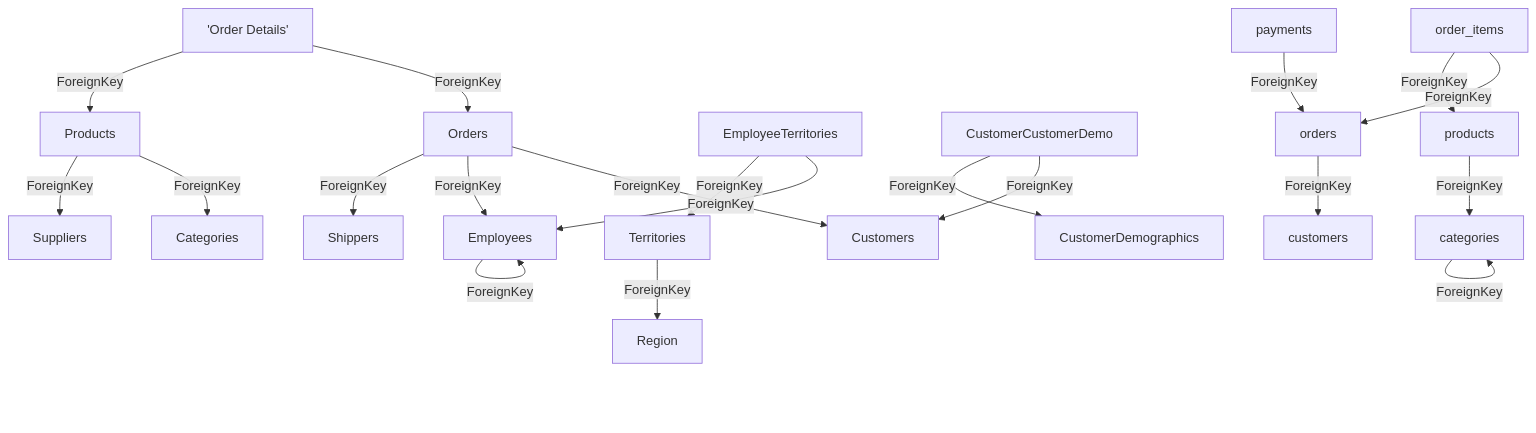
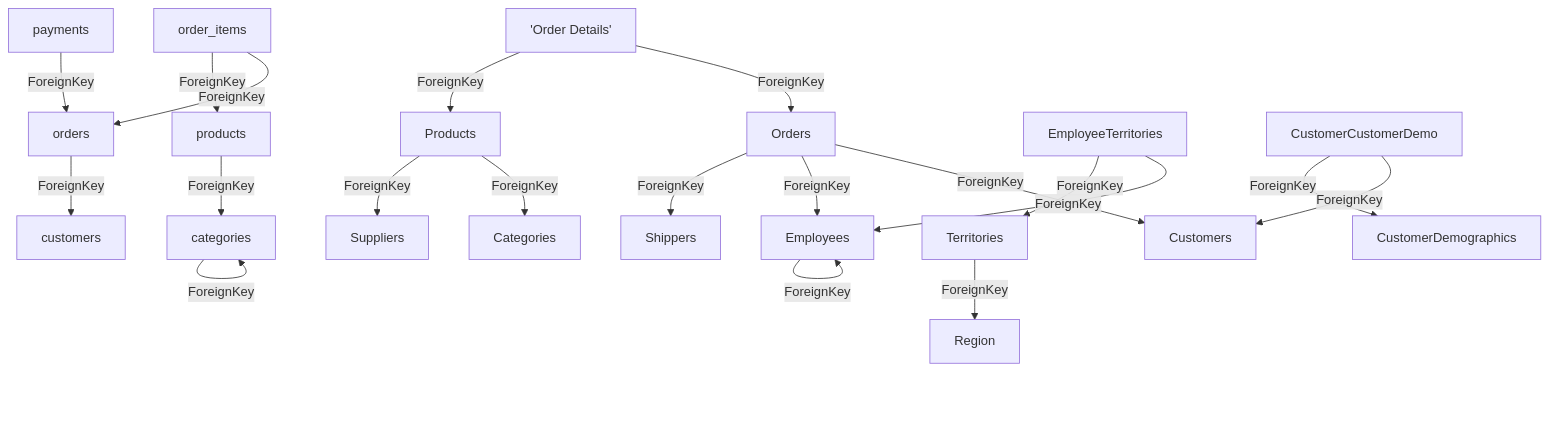
Before and after one commit to alexeyban/EKOS: the third of 3 diagrams in doc/Architecture.md, drawn with Mermaid. The commit also changed other lines of this file and 1871 other files, not shown here.

````diff
--- a/doc/Architecture.md
+++ b/doc/Architecture.md
@@ -65,41 +366,41 @@
 ```mermaid
 graph TD
+    n6794f52865834e8d89842358f199ce12["categories"]
+    n6794f52865834e8d89842358f199ce12 -->|ForeignKey| n6794f52865834e8d89842358f199ce12
+    n7c2e13d4535e435d992e0db2d71e2c6d["products"]
+    n7c2e13d4535e435d992e0db2d71e2c6d -->|ForeignKey| n6794f52865834e8d89842358f199ce12
+    nad94b10656104be3905ecf114df00129["orders"]
+    ndc844ed6954d4cca8ae89597873eb56e["customers"]
+    nad94b10656104be3905ecf114df00129 -->|ForeignKey| ndc844ed6954d4cca8ae89597873eb56e
+    n08a0316015ed4f15bbc297c816faf313["order_items"]
+    n08a0316015ed4f15bbc297c816faf313 -->|ForeignKey| nad94b10656104be3905ecf114df00129
+    n08a0316015ed4f15bbc297c816faf313 -->|ForeignKey| n7c2e13d4535e435d992e0db2d71e2c6d
+    nc663212aa5f94534a3a5a47fa4f31a9b["payments"]
+    nc663212aa5f94534a3a5a47fa4f31a9b -->|ForeignKey| nad94b10656104be3905ecf114df00129
     n18ddc966658845b18a845a6ff92a9460["Employees"]
     n18ddc966658845b18a845a6ff92a9460 -->|ForeignKey| n18ddc966658845b18a845a6ff92a9460
     ncd8c2d9d78e5430daf8816be08817b86["Orders"]
     ne0c56e7596774432b53e177fb7ecbad3["Customers"]
     ncd8c2d9d78e5430daf8816be08817b86 -->|ForeignKey| ne0c56e7596774432b53e177fb7ecbad3
     ncd8c2d9d78e5430daf8816be08817b86 -->|ForeignKey| n18ddc966658845b18a845a6ff92a9460
     nb40ad1cbc0184fbb8cdc0ec91049655f["Shippers"]
     ncd8c2d9d78e5430daf8816be08817b86 -->|ForeignKey| nb40ad1cbc0184fbb8cdc0ec91049655f
     n42110141a81c441a97c1094420890bed["Products"]
     ncb4c8bc084294ee9b5778dfe6a4bedb7["Categories"]
     n42110141a81c441a97c1094420890bed -->|ForeignKey| ncb4c8bc084294ee9b5778dfe6a4bedb7
     nd7162ea30ab240b6b4e3a4d788138303["Suppliers"]
     n42110141a81c441a97c1094420890bed -->|ForeignKey| nd7162ea30ab240b6b4e3a4d788138303
     naad094bf64d5428b99a64192cef78a08["'Order Details'"]
     naad094bf64d5428b99a64192cef78a08 -->|ForeignKey| ncd8c2d9d78e5430daf8816be08817b86
     naad094bf64d5428b99a64192cef78a08 -->|ForeignKey| n42110141a81c441a97c1094420890bed
     nf1d6c69d10954e1ba7dbca8a1fd33179["Territories"]
     na98521ec744f4127b06f59f94062bf33["Region"]
     nf1d6c69d10954e1ba7dbca8a1fd33179 -->|ForeignKey| na98521ec744f4127b06f59f94062bf33
     nad1c159d481547e6993863834ea6bd1a["EmployeeTerritories"]
     nad1c159d481547e6993863834ea6bd1a -->|ForeignKey| n18ddc966658845b18a845a6ff92a9460
     nad1c159d481547e6993863834ea6bd1a -->|ForeignKey| nf1d6c69d10954e1ba7dbca8a1fd33179
     n06b01f7296b14a439e148b0abb2b8d14["CustomerCustomerDemo"]
     n06b01f7296b14a439e148b0abb2b8d14 -->|ForeignKey| ne0c56e7596774432b53e177fb7ecbad3
     nd3d7c029bf964160bb9c732b5f01fe2d["CustomerDemographics"]
     n06b01f7296b14a439e148b0abb2b8d14 -->|ForeignKey| nd3d7c029bf964160bb9c732b5f01fe2d
-    n6794f52865834e8d89842358f199ce12["categories"]
-    n6794f52865834e8d89842358f199ce12 -->|ForeignKey| n6794f52865834e8d89842358f199ce12
-    n7c2e13d4535e435d992e0db2d71e2c6d["products"]
-    n7c2e13d4535e435d992e0db2d71e2c6d -->|ForeignKey| n6794f52865834e8d89842358f199ce12
-    nad94b10656104be3905ecf114df00129["orders"]
-    ndc844ed6954d4cca8ae89597873eb56e["customers"]
-    nad94b10656104be3905ecf114df00129 -->|ForeignKey| ndc844ed6954d4cca8ae89597873eb56e
-    n08a0316015ed4f15bbc297c816faf313["order_items"]
-    n08a0316015ed4f15bbc297c816faf313 -->|ForeignKey| nad94b10656104be3905ecf114df00129
-    n08a0316015ed4f15bbc297c816faf313 -->|ForeignKey| n7c2e13d4535e435d992e0db2d71e2c6d
-    nc663212aa5f94534a3a5a47fa4f31a9b["payments"]
-    nc663212aa5f94534a3a5a47fa4f31a9b -->|ForeignKey| nad94b10656104be3905ecf114df00129
 ```
````
